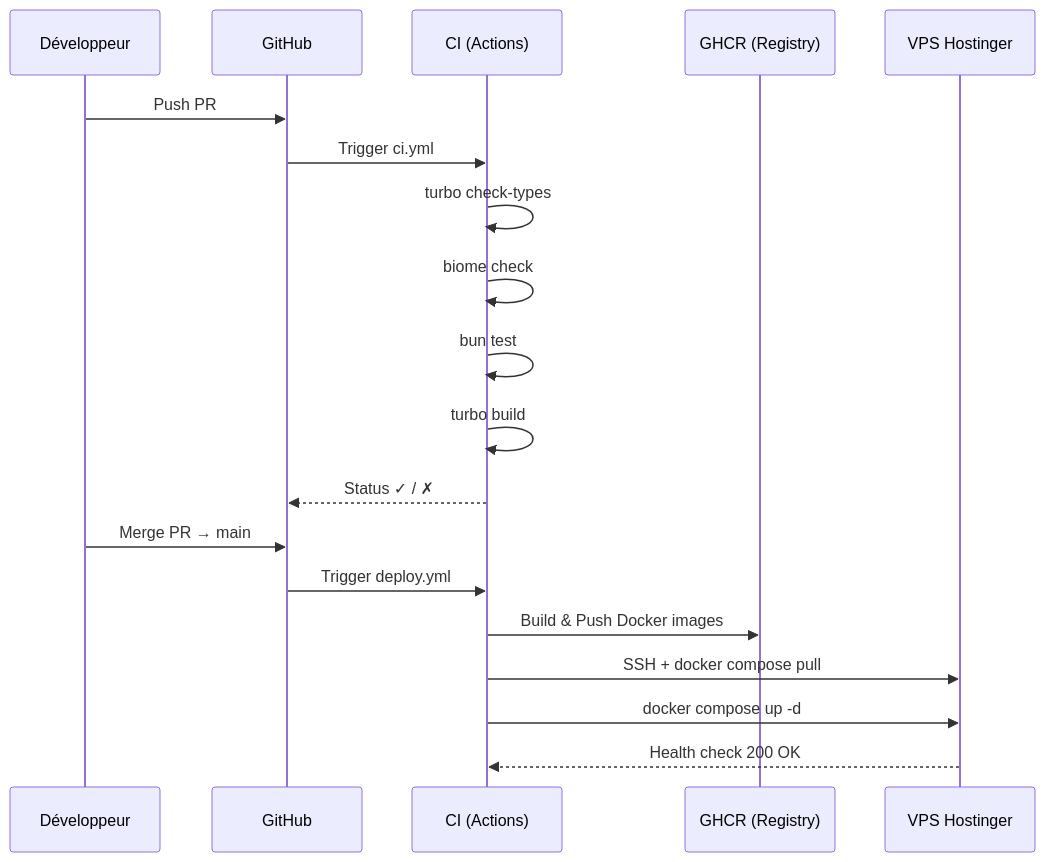
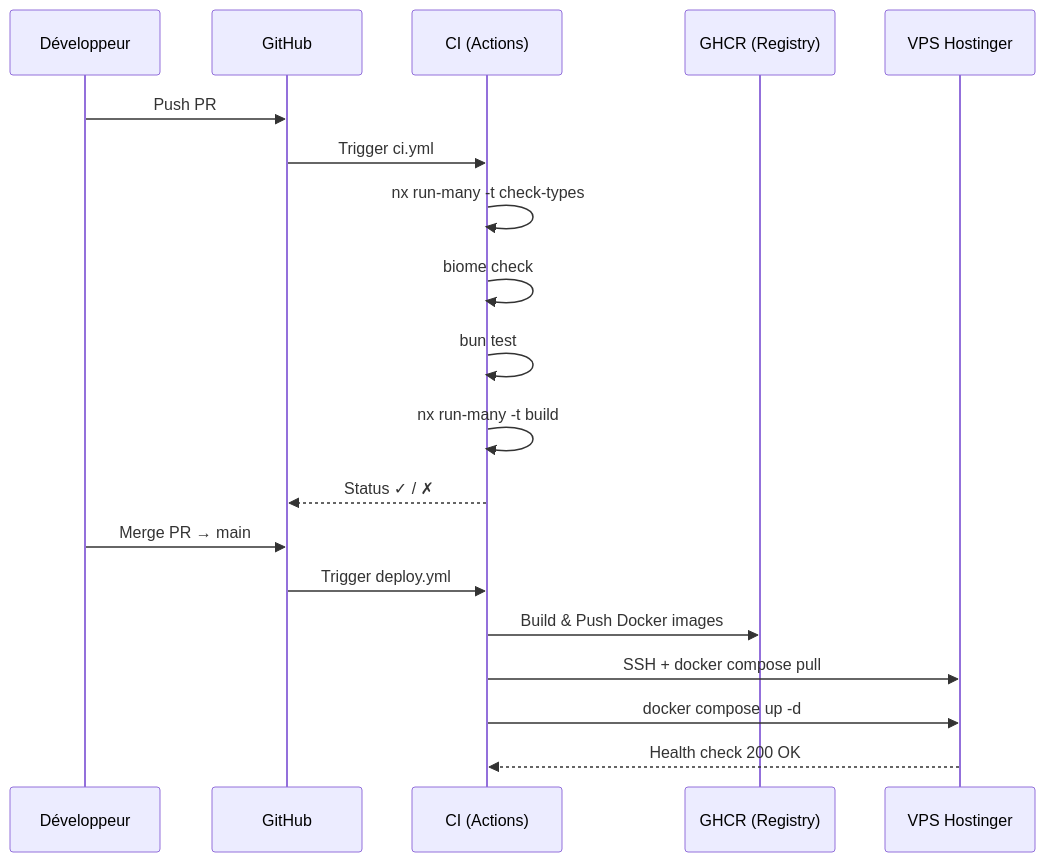
The third of 3 diagrams in apps/fumadocs/content/docs/technical/infrastructure.mdx (Wany917/Huntasty), drawn with Mermaid before and after one commit. The commit also changed 12 other files, not shown here.

````diff
--- a/apps/fumadocs/content/docs/technical/infrastructure.mdx
+++ b/apps/fumadocs/content/docs/technical/infrastructure.mdx
@@ -118,23 +118,23 @@
 ```mermaid
 sequenceDiagram
   participant DEV as Développeur
   participant GH as GitHub
   participant CI as CI (Actions)
   participant REG as GHCR (Registry)
   participant VPS as VPS Hostinger
 
   DEV->>GH: Push PR
   GH->>CI: Trigger ci.yml
-  CI->>CI: turbo check-types
+  CI->>CI: nx run-many -t check-types
   CI->>CI: biome check
   CI->>CI: bun test
-  CI->>CI: turbo build
+  CI->>CI: nx run-many -t build
   CI-->>GH: Status ✓ / ✗
 
   DEV->>GH: Merge PR → main
   GH->>CI: Trigger deploy.yml
   CI->>REG: Build & Push Docker images
   CI->>VPS: SSH + docker compose pull
   CI->>VPS: docker compose up -d
   VPS-->>CI: Health check 200 OK
 ```
````
